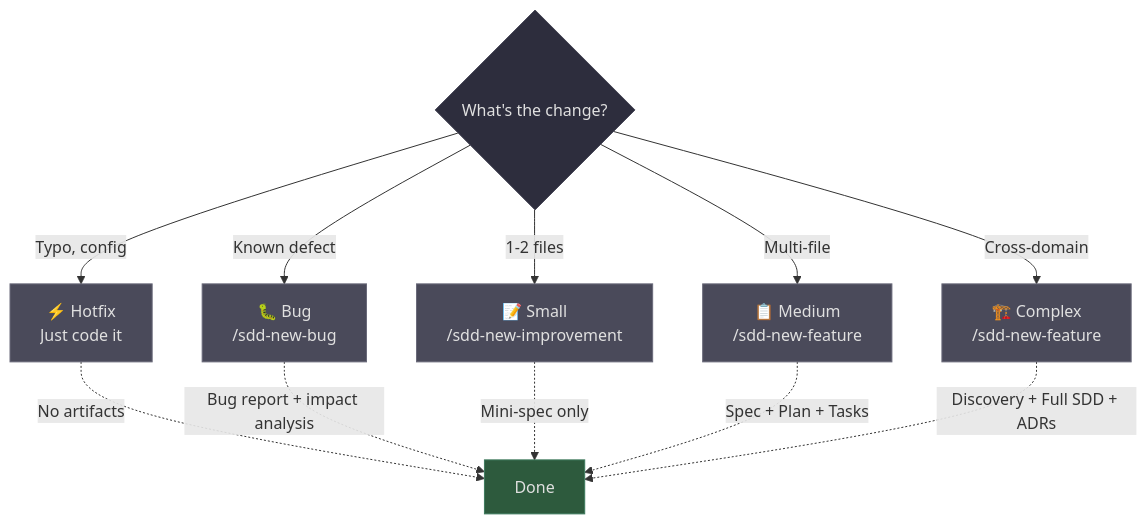
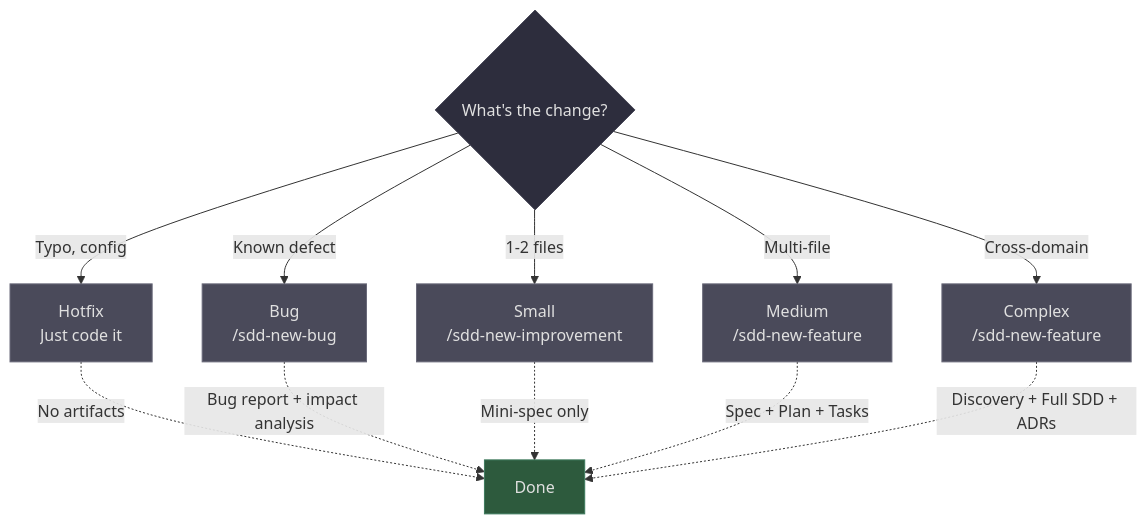
One commit to facuzarate04/sdd-starter changed the second of 3 diagrams in README.md. Above: the diagram before and after it, drawn with Mermaid. The commit also changed other lines of this file and 38 other files, not shown here.

````diff
--- a/README.md
+++ b/README.md
@@ -42,23 +75,23 @@
 ```mermaid
 graph TD
     Q{"What's the change?"}
-    Q -->|"Typo, config"| H["⚡ Hotfix\nJust code it"]
-    Q -->|"Known defect"| B["🐛 Bug\n/sdd-new-bug"]
-    Q -->|"1-2 files"| S["📝 Small\n/sdd-new-improvement"]
-    Q -->|"Multi-file"| M["📋 Medium\n/sdd-new-feature"]
-    Q -->|"Cross-domain"| C["🏗️ Complex\n/sdd-new-feature"]
+    Q -->|"Typo, config"| H["Hotfix\nJust code it"]
+    Q -->|"Known defect"| B["Bug\n/sdd-new-bug"]
+    Q -->|"1-2 files"| S["Small\n/sdd-new-improvement"]
+    Q -->|"Multi-file"| M["Medium\n/sdd-new-feature"]
+    Q -->|"Cross-domain"| C["Complex\n/sdd-new-feature"]
 
     H -.->|"No artifacts"| done["Done"]
     B -.->|"Bug report + impact analysis"| done
     S -.->|"Mini-spec only"| done
     M -.->|"Spec + Plan + Tasks"| done
     C -.->|"Discovery + Full SDD + ADRs"| done
 
     style Q fill:#2d2d3d,color:#e0e0e0,stroke:#4a4a5a
     style H fill:#4a4a5a,color:#e0e0e0,stroke:#6a6a7a
     style B fill:#4a4a5a,color:#e0e0e0,stroke:#6a6a7a
     style S fill:#4a4a5a,color:#e0e0e0,stroke:#6a6a7a
     style M fill:#4a4a5a,color:#e0e0e0,stroke:#6a6a7a
     style C fill:#4a4a5a,color:#e0e0e0,stroke:#6a6a7a
     style done fill:#2d5a3d,color:#e0e0e0,stroke:#3d7a5d
 ```
````
